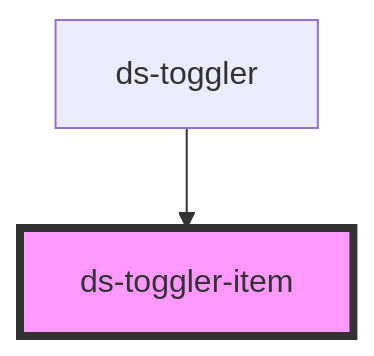
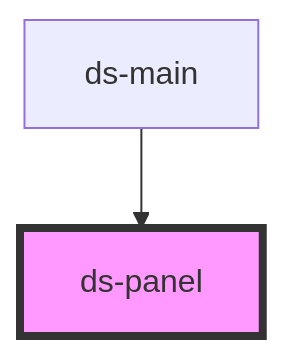
Before and after one commit to jezoock/dot-stash: the diagram in components/ui/panel/readme.md, drawn with Mermaid. The commit also changed other lines of this file and 22 other files, not shown here.

````diff
--- a/components/ui/panel/readme.md
+++ b/components/ui/panel/readme.md
@@ -34,5 +79,5 @@
 ```mermaid
 graph TD;
-  ds-toggler --> ds-toggler-item
-  style ds-toggler-item fill:#f9f,stroke:#333,stroke-width:4px
+  ds-main --> ds-panel
+  style ds-panel fill:#f9f,stroke:#333,stroke-width:4px
 ```
````
